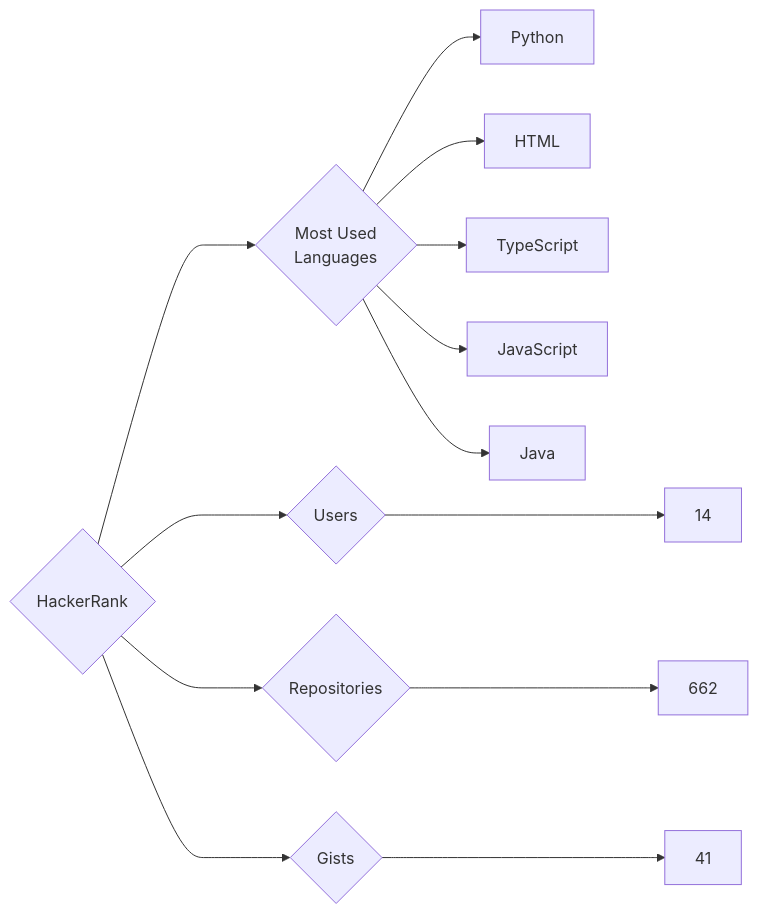
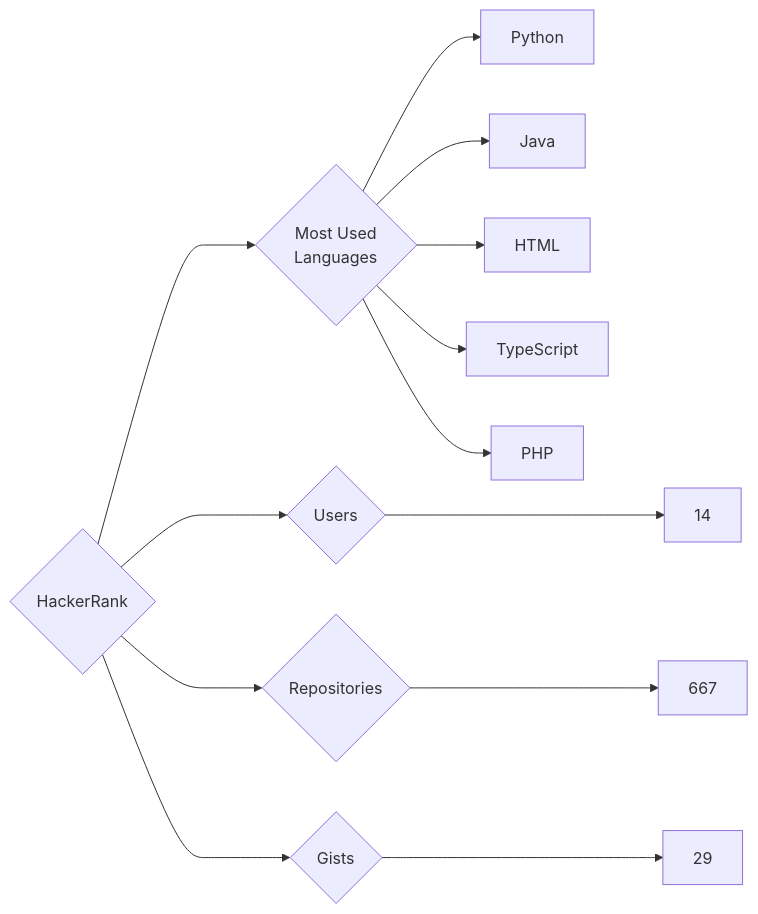
Before and after one commit to trickest/insiders: the diagram in targets/HackerRank/README.md, drawn with Mermaid. The commit also changed 1092 other files, not shown here.

````diff
--- a/targets/HackerRank/README.md
+++ b/targets/HackerRank/README.md
@@ -3,13 +3,13 @@
 ```mermaid
 graph LR
 COMPANY_NAME{HackerRank}
 COMPANY_NAME ---> U{Users} ---> UN[14]
-COMPANY_NAME ---> R{Repositories} ---> RN[662]
-COMPANY_NAME ---> G{Gists} ---> GN[41]
+COMPANY_NAME ---> R{Repositories} ---> RN[667]
+COMPANY_NAME ---> G{Gists} ---> GN[29]
 COMPANY_NAME ---> ML{Most Used<br>Languages}
 ML --> Python[Python]
+ML --> Java[Java]
 ML --> HTML[HTML]
 ML --> TypeScript[TypeScript]
-ML --> JavaScript[JavaScript]
-ML --> Java[Java]
+ML --> PHP[PHP]
 ```
````
